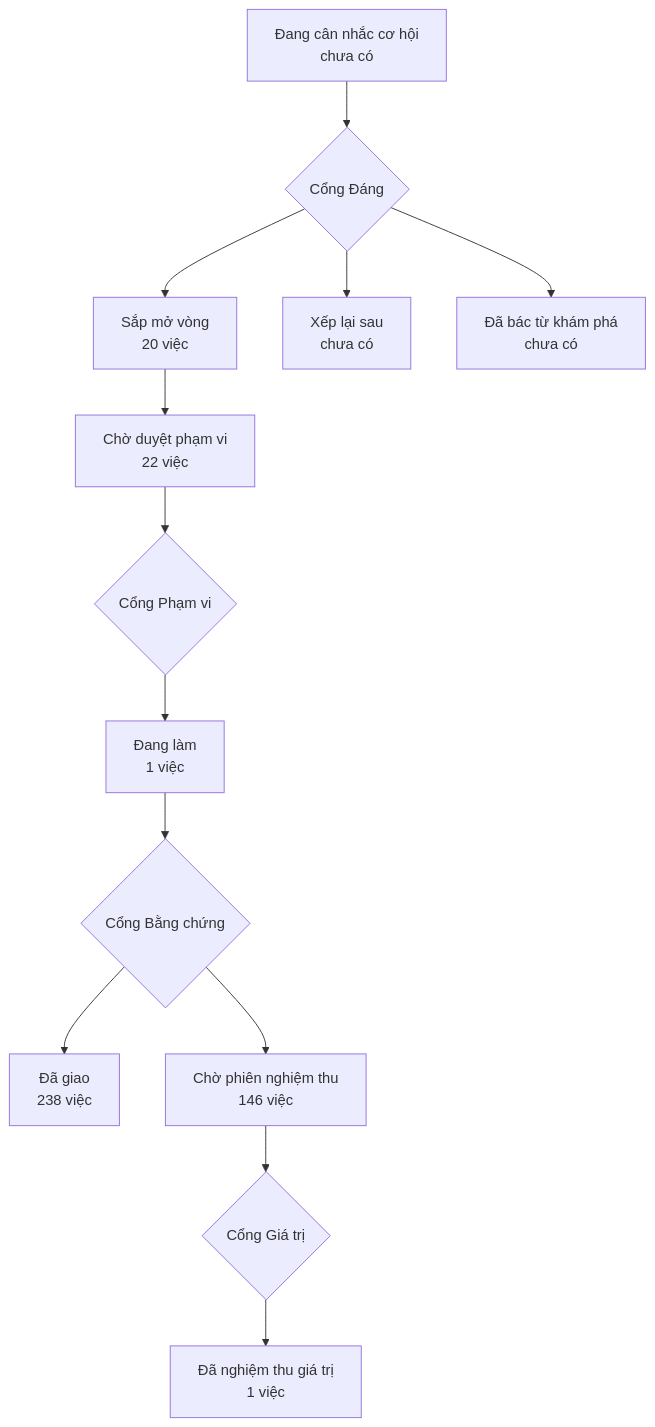
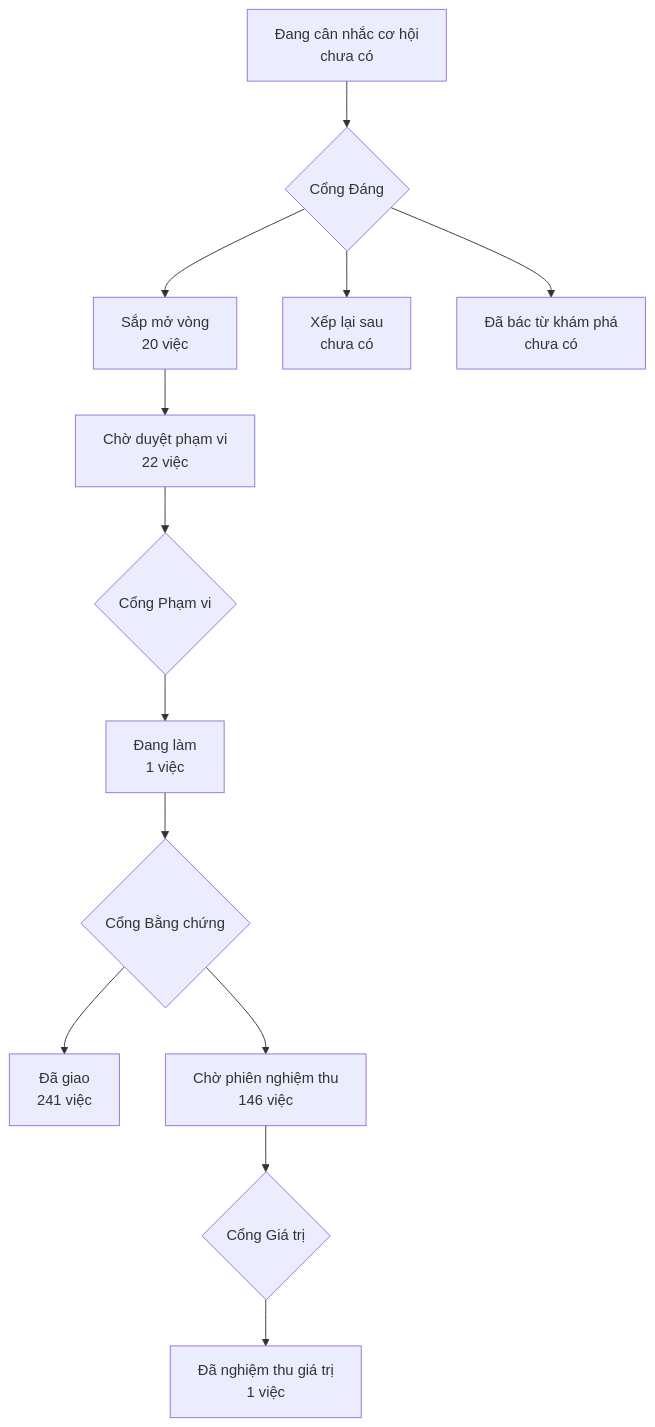
One commit to phanlemanh/onehub-invest changed the diagram in PRODUCT-MAP.md. Above: the diagram before and after it, drawn with Mermaid. The commit also changed other lines of this file and 4 other files, not shown here.

````diff
--- a/PRODUCT-MAP.md
+++ b/PRODUCT-MAP.md
@@ -7,12 +7,12 @@
 ```mermaid
 flowchart TD
   A["Đang cân nhắc cơ hội<br/>chưa có"] --> GD{"Cổng Đáng"}
   GD --> B["Sắp mở vòng<br/>20 việc"]
   GD --> XL["Xếp lại sau<br/>chưa có"]
   GD --> DB["Đã bác từ khám phá<br/>chưa có"]
   B --> CD["Chờ duyệt phạm vi<br/>22 việc"] --> GP{"Cổng Phạm vi"}
   GP --> DL["Đang làm<br/>1 việc"] --> GB{"Cổng Bằng chứng"}
-  GB --> DG["Đã giao<br/>238 việc"]
+  GB --> DG["Đã giao<br/>241 việc"]
   GB --> CN["Chờ phiên nghiệm thu<br/>146 việc"] --> GG{"Cổng Giá trị"}
   GG --> NT["Đã nghiệm thu giá trị<br/>1 việc"]
 ```
````
